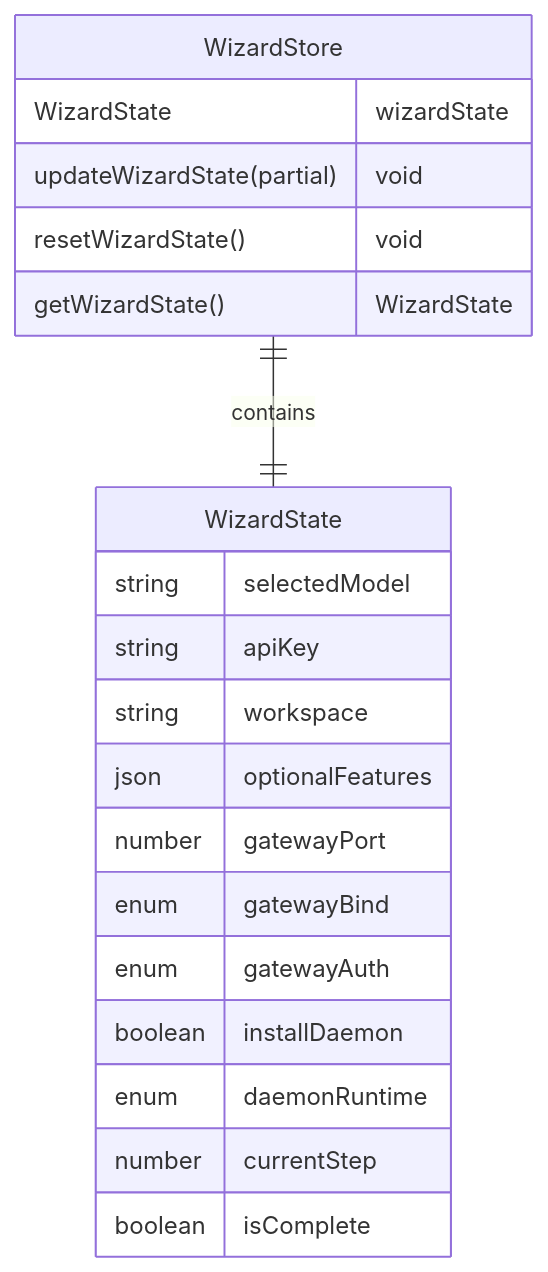
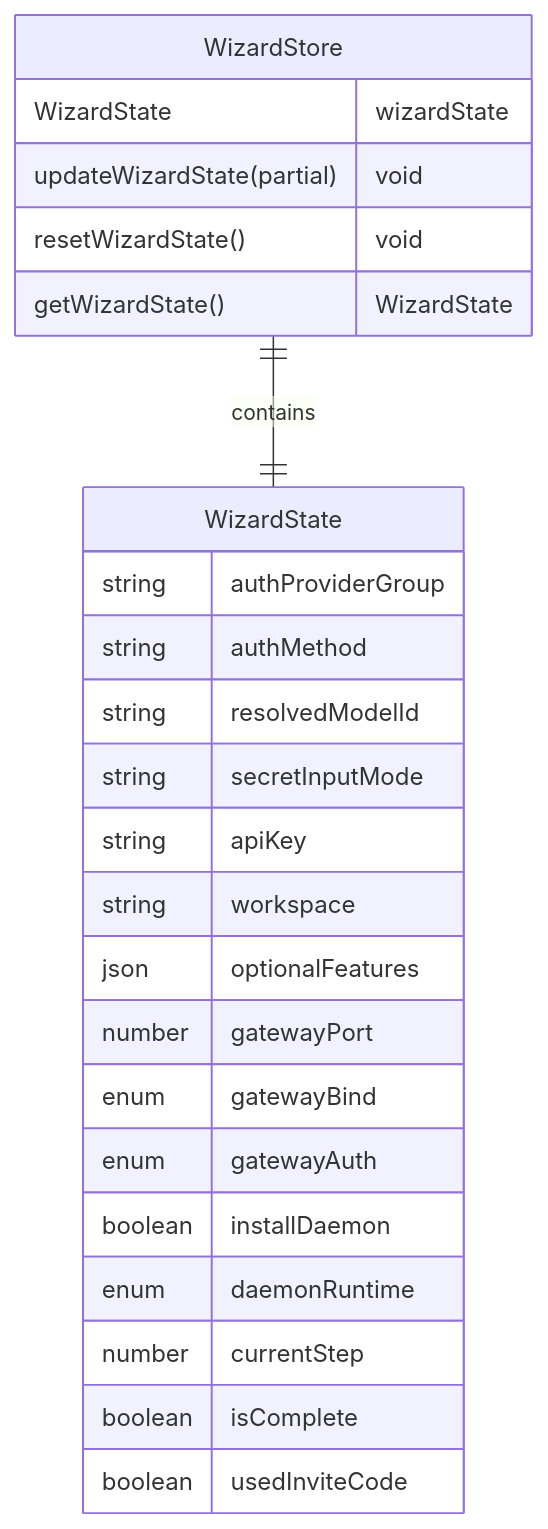
One commit to verse-ai-org/openclaw changed diagram 14 of 16 in .qoder/repowiki/zh/content/设置向导UI组件.md. Above: the diagram before and after it, drawn with Mermaid. The commit also changed other lines of this file and 31 other files, not shown here.

````diff
--- a/.qoder/repowiki/zh/content/设置向导UI组件.md
+++ b/.qoder/repowiki/zh/content/设置向导UI组件.md
@@ -463,23 +587,27 @@
 ```mermaid
 erDiagram
 WizardState {
-string selectedModel
+string authProviderGroup
+string authMethod
+string resolvedModelId
+string secretInputMode
 string apiKey
 string workspace
 json optionalFeatures
 number gatewayPort
 enum gatewayBind
 enum gatewayAuth
 boolean installDaemon
 enum daemonRuntime
 number currentStep
 boolean isComplete
+boolean usedInviteCode
 }
 WizardStore {
 WizardState wizardState
 updateWizardState(partial) void
 resetWizardState() void
 getWizardState() WizardState
 }
 WizardStore ||--|| WizardState : contains
 ```
````
